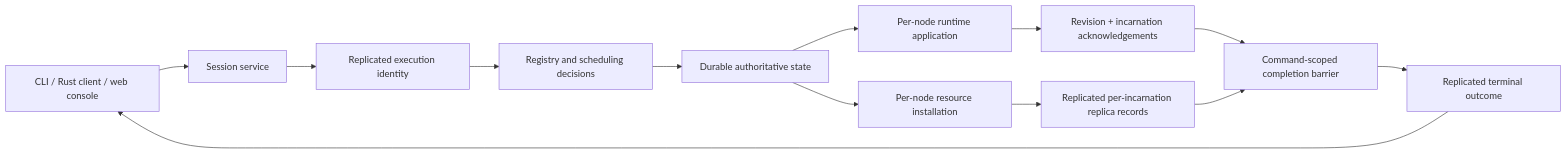
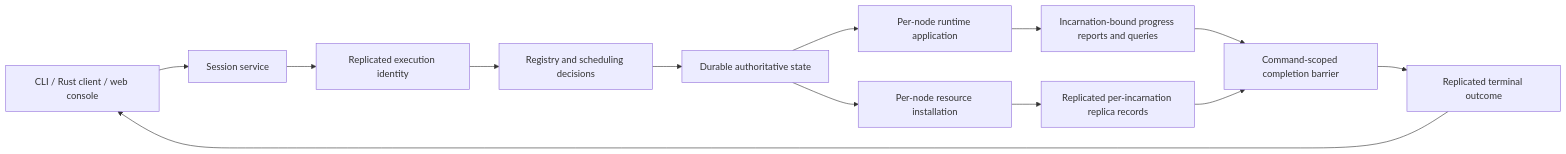
One commit to nervix-io/nervix changed the second of 5 diagrams in docs/src/command-completion.md. Above: the diagram before and after it, drawn with Mermaid. The commit also changed other lines of this file and 35 other files, not shown here.

````diff
--- a/docs/src/command-completion.md
+++ b/docs/src/command-completion.md
@@ -130,15 +132,15 @@
 ```mermaid
 flowchart LR
     Client[CLI / Rust client / web console] --> Session[Session service]
     Session --> Identity[Replicated execution identity]
     Identity --> Decision[Registry and scheduling decisions]
     Decision --> Raft[Durable authoritative state]
     Raft --> Runtime[Per-node runtime application]
     Raft --> Resources[Per-node resource installation]
-    Runtime --> Gossip[Revision + incarnation acknowledgements]
+    Runtime --> Progress[Incarnation-bound progress reports and queries]
     Resources --> Replicas[Replicated per-incarnation replica records]
-    Gossip --> Barrier[Command-scoped completion barrier]
+    Progress --> Barrier[Command-scoped completion barrier]
     Replicas --> Barrier
     Barrier --> Outcome[Replicated terminal outcome]
     Outcome --> Client
 ```
````
